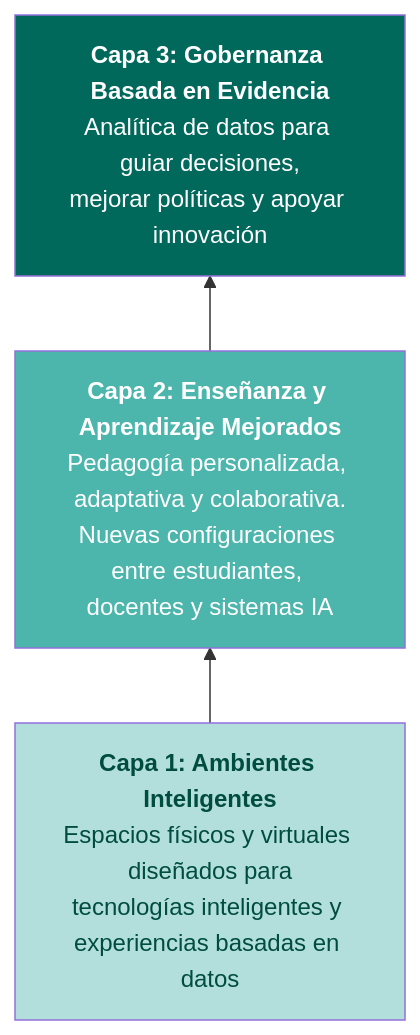
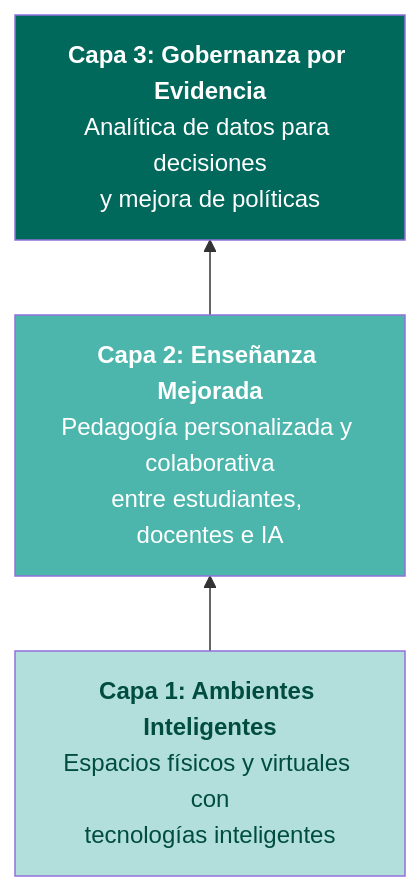
One commit to HesusG/el-nuevo-traje changed the fourth of 4 diagrams in presentaciones/huang/slides-huang-completa.md. Above: the diagram before and after it, drawn with Mermaid. The commit also changed other lines of this file and 2 other files, not shown here.

````diff
--- a/presentaciones/huang/slides-huang-completa.md
+++ b/presentaciones/huang/slides-huang-completa.md
@@ -761,8 +761,8 @@
-```mermaid {scale: 0.8}
+```mermaid {scale: 0.65}
 graph BT
-    A["<b>Capa 1: Ambientes Inteligentes</b><br>Espacios físicos y virtuales diseñados para<br>tecnologías inteligentes y experiencias basadas en datos"] --> B["<b>Capa 2: Enseñanza y Aprendizaje Mejorados</b><br>Pedagogía personalizada, adaptativa y colaborativa.<br>Nuevas configuraciones entre estudiantes, docentes y sistemas IA"]
-    B --> C["<b>Capa 3: Gobernanza Basada en Evidencia</b><br>Analítica de datos para guiar decisiones,<br>mejorar políticas y apoyar innovación"]
+    A["<b>Capa 1: Ambientes Inteligentes</b><br>Espacios físicos y virtuales con<br>tecnologías inteligentes"] --> B["<b>Capa 2: Enseñanza Mejorada</b><br>Pedagogía personalizada y colaborativa<br>entre estudiantes, docentes e IA"]
+    B --> C["<b>Capa 3: Gobernanza por Evidencia</b><br>Analítica de datos para decisiones<br>y mejora de políticas"]
     style A fill:#B2DFDB,color:#004D40
     style B fill:#4DB6AC,color:#fff
     style C fill:#00695C,color:#fff
 ```
````
